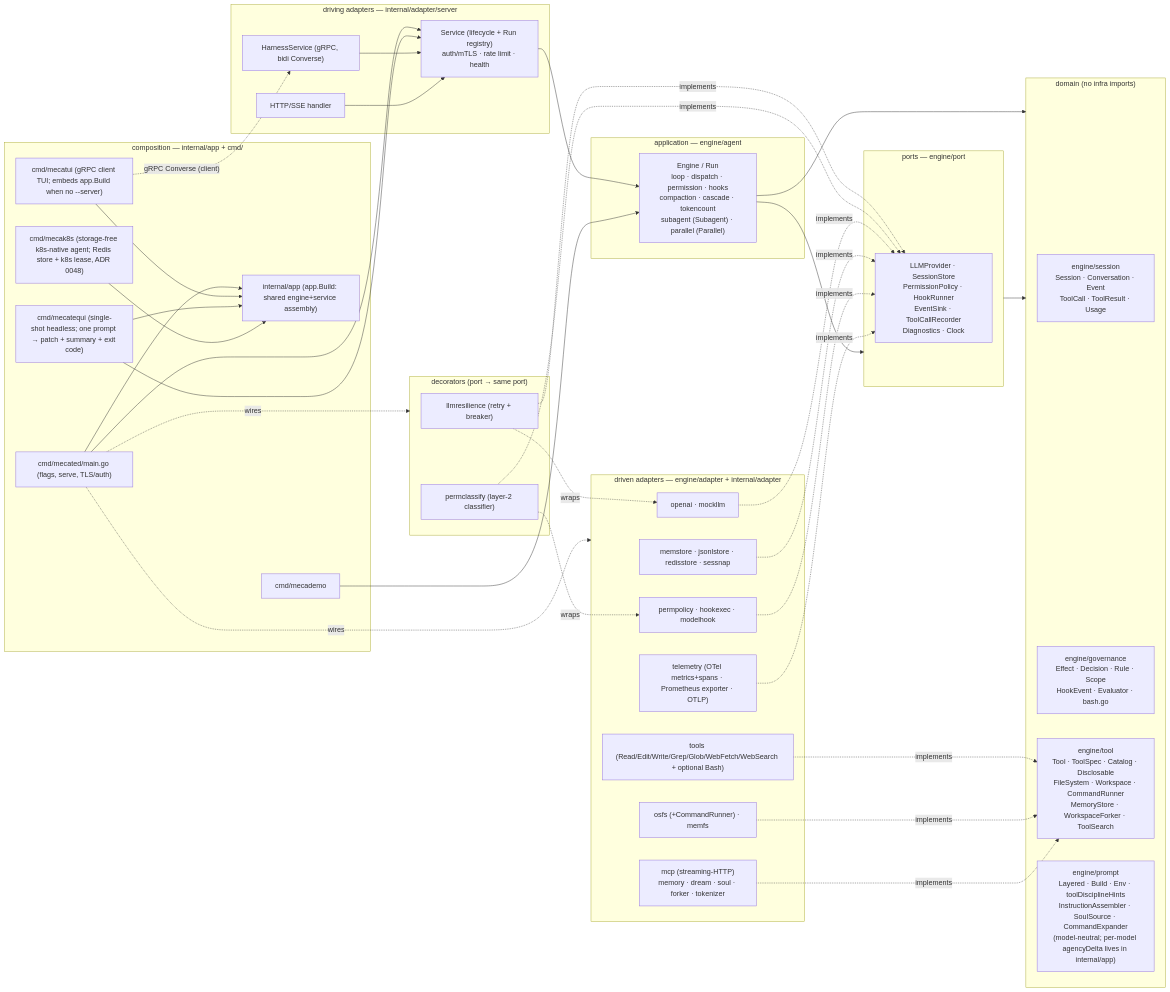
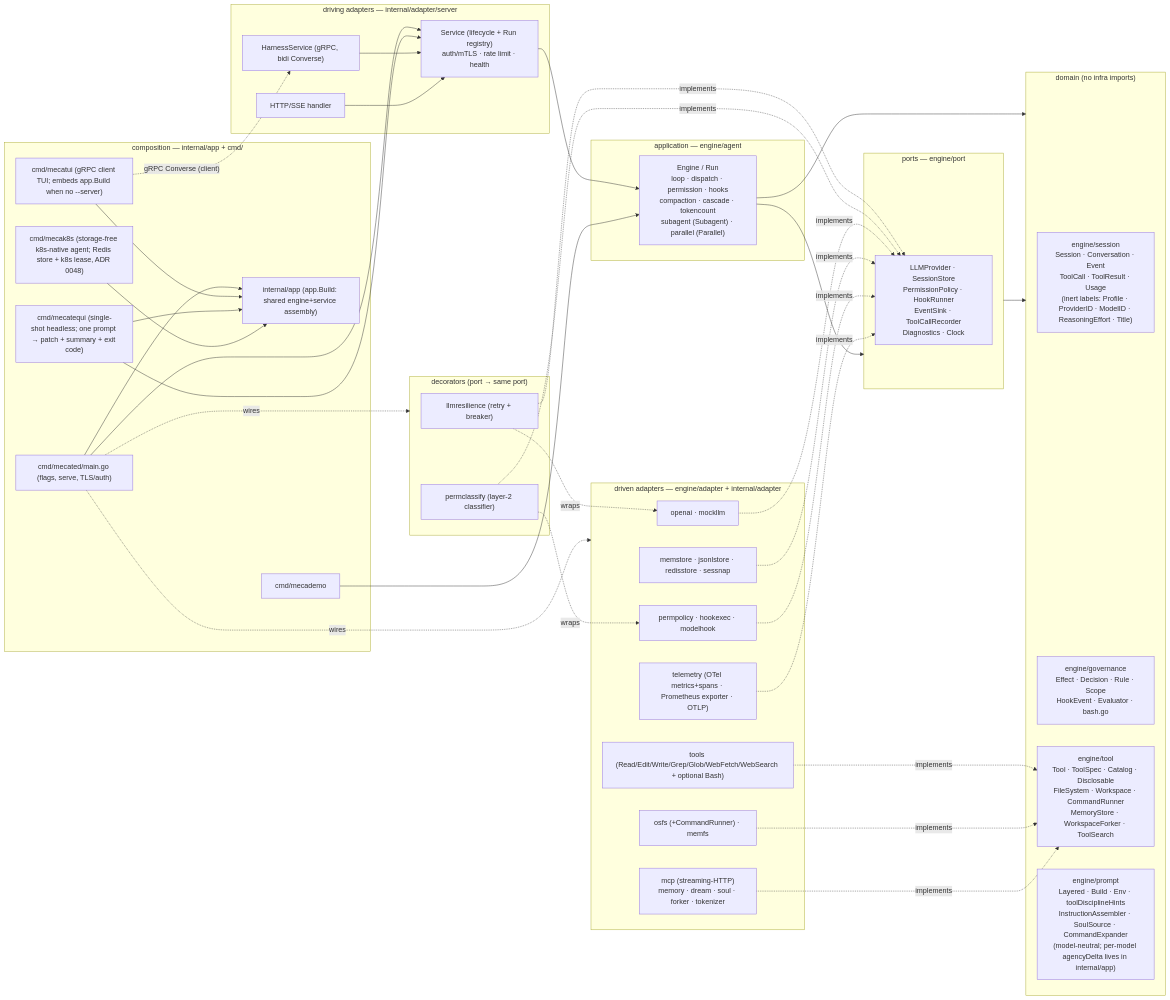
One commit to sabbanis/mecatl changed the diagram in docs/architecture.md. Above: the diagram before and after it, drawn with Mermaid. The commit also changed 31 other files, not shown here.

````diff
--- a/docs/architecture.md
+++ b/docs/architecture.md
@@ -100,74 +100,74 @@
 ```mermaid
 flowchart LR
   subgraph CMD["composition — internal/app + cmd/"]
     app["internal/app (app.Build: shared engine+service assembly)"]
     mecated["cmd/mecated/main.go (flags, serve, TLS/auth)"]
     demo["cmd/mecademo"]
     tui["cmd/mecatui (gRPC client TUI; embeds app.Build when no --server)"]
     mq["cmd/mecatequi (single-shot headless; one prompt → patch + summary + exit code)"]
     k8s["cmd/mecak8s (storage-free k8s-native agent; Redis store + k8s lease, ADR 0048)"]
     mecated --> app
     tui --> app
     mq --> app
     k8s --> app
   end
 
   subgraph DRIVING["driving adapters — internal/adapter/server"]
     grpc["HarnessService (gRPC, bidi Converse)"]
     http["HTTP/SSE handler"]
     svc["Service (lifecycle + Run registry)\nauth/mTLS · rate limit · health"]
   end
 
   subgraph APP["application — engine/agent"]
     engine["Engine / Run\nloop · dispatch · permission · hooks\ncompaction · cascade · tokencount\nsubagent (Subagent) · parallel (Parallel)"]
   end
 
   subgraph PORTS["ports — engine/port"]
     p["LLMProvider · SessionStore\nPermissionPolicy · HookRunner\nEventSink · ToolCallRecorder\nDiagnostics · Clock"]
   end
 
   subgraph DOMAIN["domain (no infra imports)"]
-    sess["engine/session\nSession · Conversation · Event\nToolCall · ToolResult · Usage"]
+    sess["engine/session\nSession · Conversation · Event\nToolCall · ToolResult · Usage\n(inert labels: Profile · ProviderID · ModelID · ReasoningEffort · Title)"]
     gov["engine/governance\nEffect · Decision · Rule · Scope\nHookEvent · Evaluator · bash.go"]
     tl["engine/tool\nTool · ToolSpec · Catalog · Disclosable\nFileSystem · Workspace · CommandRunner\nMemoryStore · WorkspaceForker · ToolSearch"]
     pr["engine/prompt\nLayered · Build · Env · toolDisciplineHints\nInstructionAssembler · SoulSource · CommandExpander\n(model-neutral; per-model agencyDelta lives in internal/app)"]
   end
 
   subgraph DECOR["decorators (port → same port)"]
     res["llmresilience (retry + breaker)"]
     pc["permclassify (layer-2 classifier)"]
   end
 
   subgraph DRIVEN["driven adapters — engine/adapter + internal/adapter"]
     oai["openai · mockllm"]
     fs["osfs (+CommandRunner) · memfs"]
     st["memstore · jsonlstore · redisstore · sessnap"]
     tools["tools (Read/Edit/Write/Grep/Glob/WebFetch/WebSearch + optional Bash)"]
     pp["permpolicy · hookexec · modelhook"]
     tel["telemetry (OTel metrics+spans · Prometheus exporter · OTLP)"]
     ext["mcp (streaming-HTTP)\nmemory · dream · soul · forker · tokenizer"]
   end
 
   mecated --> svc --> engine
   demo --> engine
   mq --> svc
   tui -. "gRPC Converse (client)" .-> grpc
   grpc --> svc
   http --> svc
   engine --> PORTS
   engine --> DOMAIN
   PORTS --> DOMAIN
   res -.wraps.-> oai
   res -.implements.-> p
   pc -.wraps.-> pp
   pc -.implements.-> p
   oai -.implements.-> p
   st -.implements.-> p
   pp -.implements.-> p
   tel -.implements.-> p
   tools -.implements.-> tl
   fs -.implements.-> tl
   ext -.implements.-> tl
   mecated -. wires .-> DRIVEN
   mecated -. wires .-> DECOR
 ```
````
